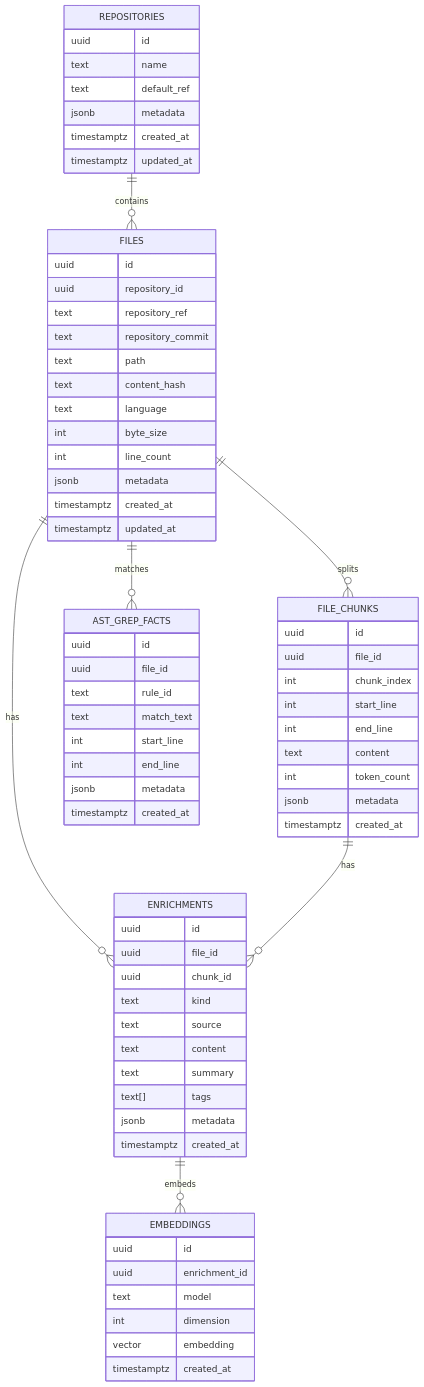
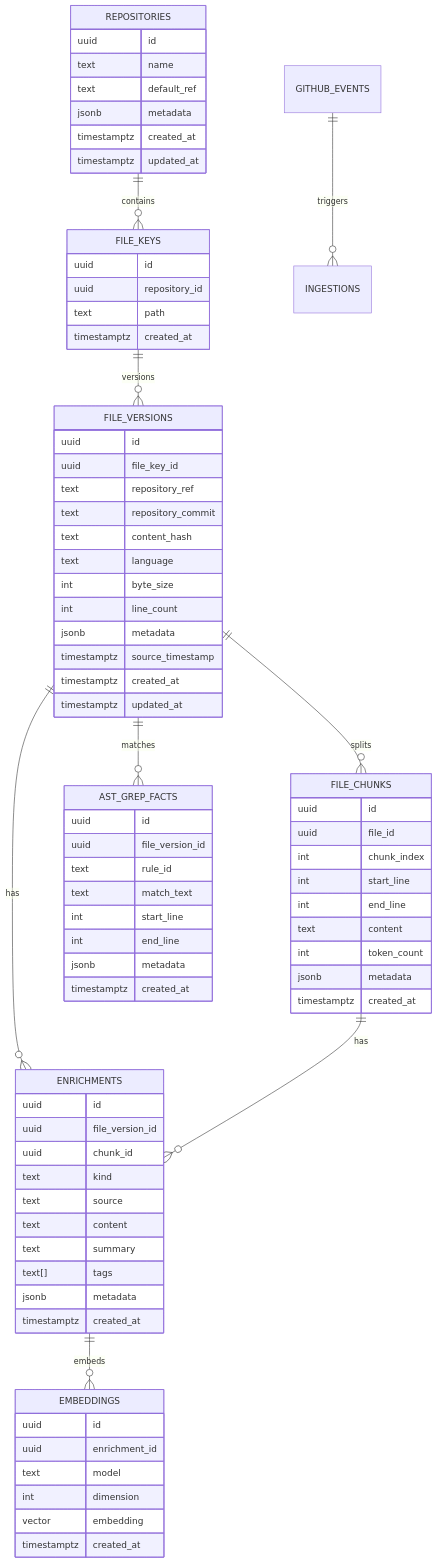
Before and after one commit to proompteng/lab: the second of 3 diagrams in docs/atlas-indexing.md, drawn with Mermaid. The commit also changed other lines of this file, not shown here.

````diff
--- a/docs/atlas-indexing.md
+++ b/docs/atlas-indexing.md
@@ -47,11 +51,13 @@
 ```mermaid
 erDiagram
-  REPOSITORIES ||--o{ FILES : contains
-  FILES ||--o{ FILE_CHUNKS : splits
-  FILES ||--o{ ENRICHMENTS : has
+  REPOSITORIES ||--o{ FILE_KEYS : contains
+  FILE_KEYS ||--o{ FILE_VERSIONS : versions
+  FILE_VERSIONS ||--o{ FILE_CHUNKS : splits
+  FILE_VERSIONS ||--o{ ENRICHMENTS : has
   FILE_CHUNKS ||--o{ ENRICHMENTS : has
   ENRICHMENTS ||--o{ EMBEDDINGS : embeds
-  FILES ||--o{ AST_GREP_FACTS : matches
+  FILE_VERSIONS ||--o{ AST_GREP_FACTS : matches
+  GITHUB_EVENTS ||--o{ INGESTIONS : triggers
 
   REPOSITORIES {
     uuid id
@@ -62,17 +68,24 @@
     timestamptz updated_at
   }
 
-  FILES {
+  FILE_KEYS {
     uuid id
     uuid repository_id
+    text path
+    timestamptz created_at
+  }
+
+  FILE_VERSIONS {
+    uuid id
+    uuid file_key_id
     text repository_ref
     text repository_commit
-    text path
     text content_hash
     text language
     int byte_size
     int line_count
     jsonb metadata
+    timestamptz source_timestamp
     timestamptz created_at
     timestamptz updated_at
   }
@@ -91,7 +104,7 @@
 
   ENRICHMENTS {
     uuid id
-    uuid file_id
+    uuid file_version_id
     uuid chunk_id
     text kind
     text source
@@ -113,7 +126,7 @@
 
   AST_GREP_FACTS {
     uuid id
-    uuid file_id
+    uuid file_version_id
     text rule_id
     text match_text
     int start_line
````
